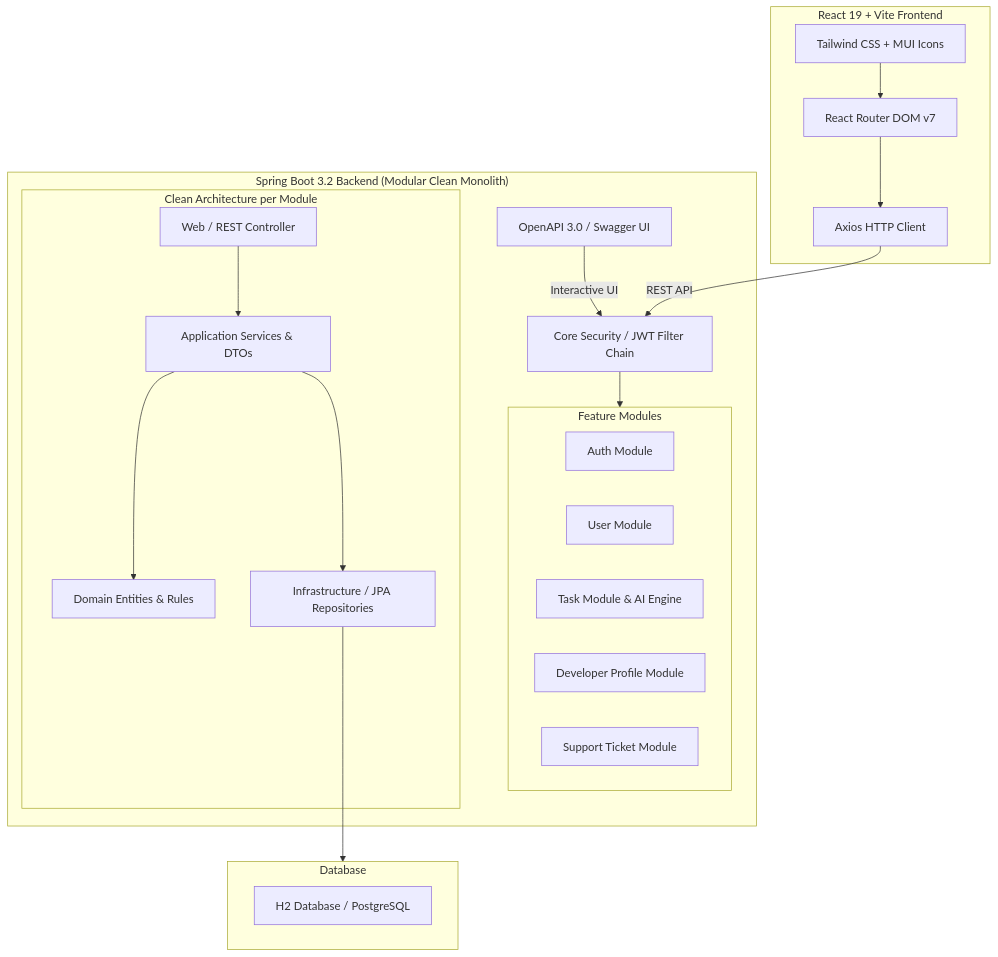
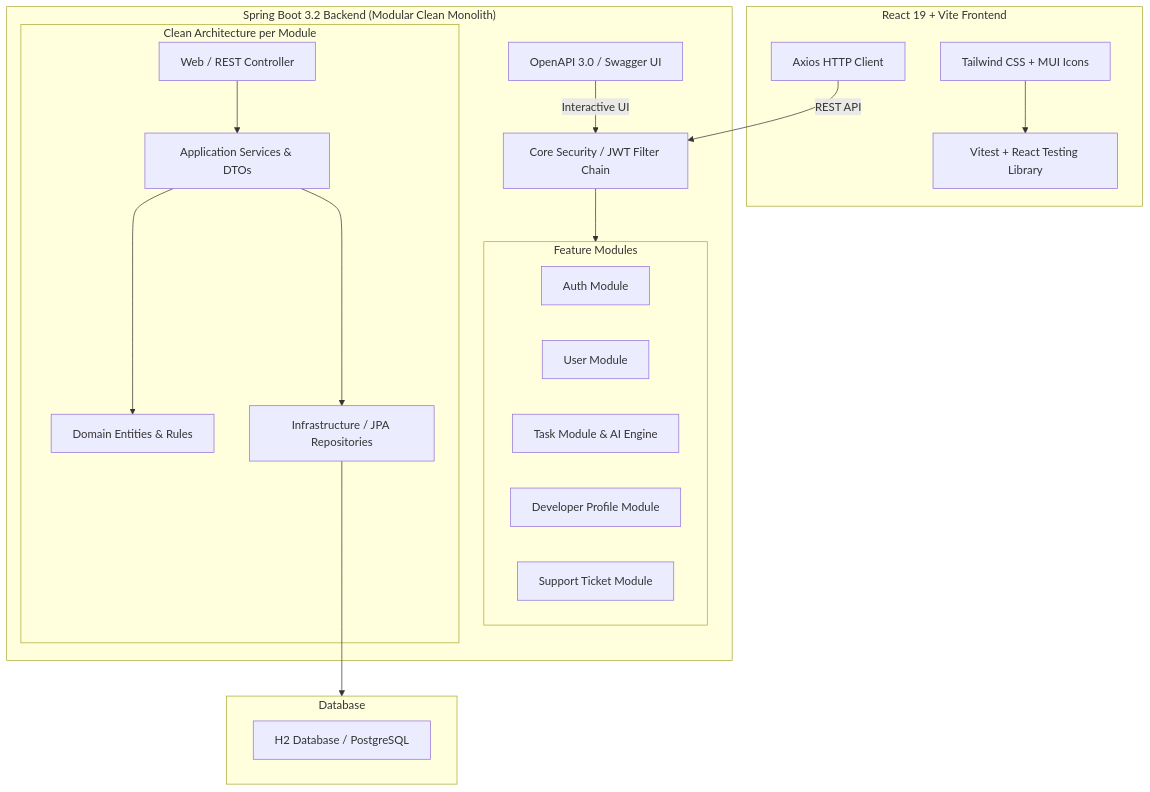
One commit to Sine-D/Nexora changed the diagram in README.md. Above: the diagram before and after it, drawn with Mermaid. The commit also changed other lines of this file and 12 other files, not shown here.

````diff
--- a/README.md
+++ b/README.md
@@ -68,39 +70,39 @@
 ```mermaid
 graph TD
     subgraph Frontend["React 19 + Vite Frontend"]
         UI["Tailwind CSS + MUI Icons"]
-        RTR["React Router DOM v7"]
+        TST["Vitest + React Testing Library"]
         AX["Axios HTTP Client"]
     end
 
     subgraph Backend["Spring Boot 3.2 Backend (Modular Clean Monolith)"]
         SEC["Core Security / JWT Filter Chain"]
         SWG["OpenAPI 3.0 / Swagger UI"]
         
         subgraph Modules["Feature Modules"]
             AUTH["Auth Module"]
             USER["User Module"]
             TASK["Task Module & AI Engine"]
             DEV["Developer Profile Module"]
             TKT["Support Ticket Module"]
         end
 
         subgraph CleanLayers["Clean Architecture per Module"]
             WEB["Web / REST Controller"]
             APP["Application Services & DTOs"]
             DOM["Domain Entities & Rules"]
             INFRA["Infrastructure / JPA Repositories"]
         end
     end
 
     subgraph Database["Database"]
         H2["H2 Database / PostgreSQL"]
     end
 
-    UI --> RTR --> AX
+    UI --> TST
     AX -->|REST API| SEC
     SWG -->|Interactive UI| SEC
     SEC --> Modules
     WEB --> APP --> DOM
     APP --> INFRA --> Database
 ```
````
